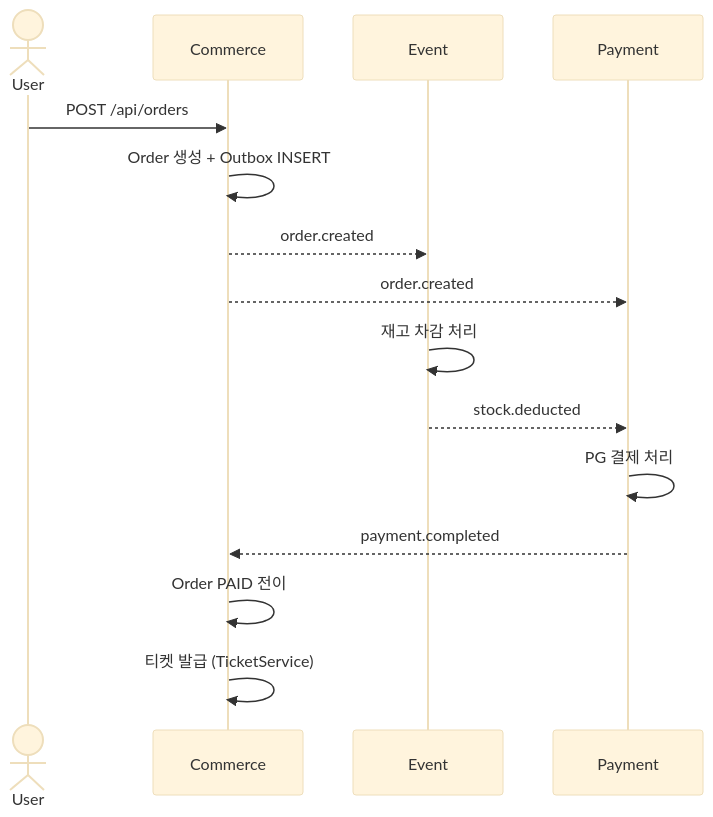
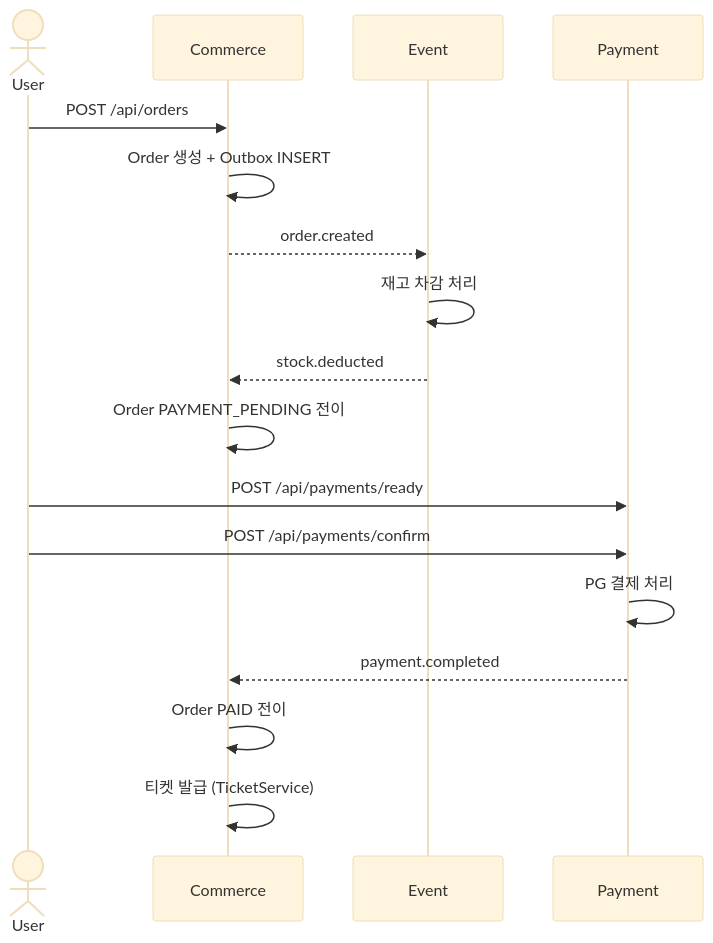
One commit to prgrms-be-adv-devcourse/beadv5_1_HeadbuttingDinosaur_BE changed the first of 8 diagrams in docs/kafka-impl-plan.md. Above: the diagram before and after it, drawn with Mermaid (base theme). The commit also changed other lines of this file and 3 other files, not shown here.

````diff
--- a/docs/kafka-impl-plan.md
+++ b/docs/kafka-impl-plan.md
@@ -45,21 +74,24 @@
 ```mermaid
 sequenceDiagram
     actor User
     participant Commerce
     participant Event
     participant Payment
 
     User->>Commerce: POST /api/orders
     Commerce->>Commerce: Order 생성 + Outbox INSERT
     Commerce-->>Event: order.created
-    Commerce-->>Payment: order.created
 
     Event->>Event: 재고 차감 처리
-    Event-->>Payment: stock.deducted
+    Event-->>Commerce: stock.deducted
 
+    Commerce->>Commerce: Order PAYMENT_PENDING 전이
+
+    User->>Payment: POST /api/payments/ready
+    User->>Payment: POST /api/payments/confirm
     Payment->>Payment: PG 결제 처리
     Payment-->>Commerce: payment.completed
 
     Commerce->>Commerce: Order PAID 전이
     Commerce->>Commerce: 티켓 발급 (TicketService)
 ```
````
